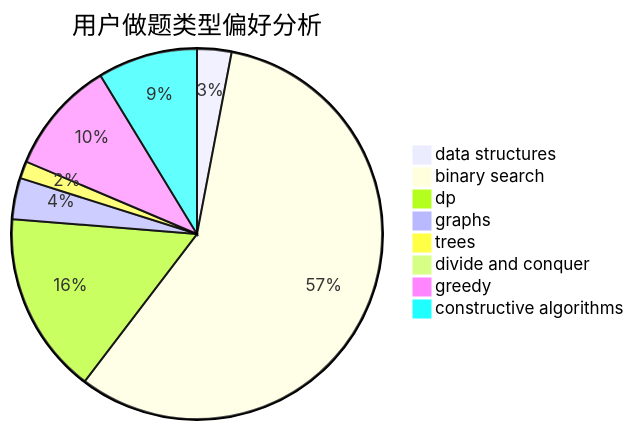
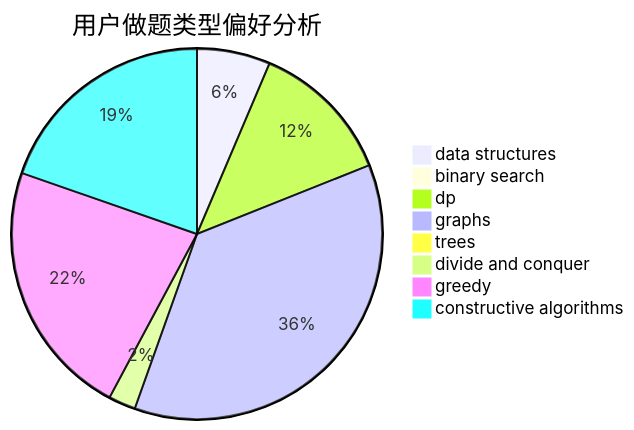
One commit to sherpahu/cfrs.github.io changed the second of 3 diagrams in docs/user/u1834.md. Above: the diagram before and after it, drawn with Mermaid. The commit also changed other lines of this file and 2770 other files, not shown here.

````diff
--- a/docs/user/u1834.md
+++ b/docs/user/u1834.md
@@ -23,11 +23,11 @@
 ```mermaid
 pie title 用户做题类型偏好分析
-    "data structures" :  10
-    "binary search" :  191
+    "data structures" :  27
+    "binary search" :  4
     "dp" :  53
-    "graphs" :  12
-    "trees" :  5
-    "divide and conquer" :  0
-    "greedy" :  33
-    "constructive algorithms" :  29
+    "graphs" :  154
+    "trees" :  4
+    "divide and conquer" :  10
+    "greedy" :  95
+    "constructive algorithms" :  83
 ```
````
